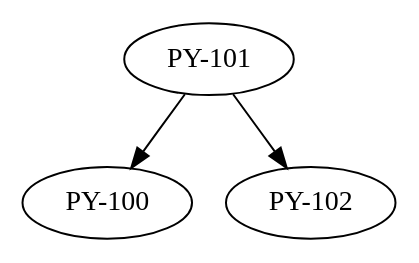
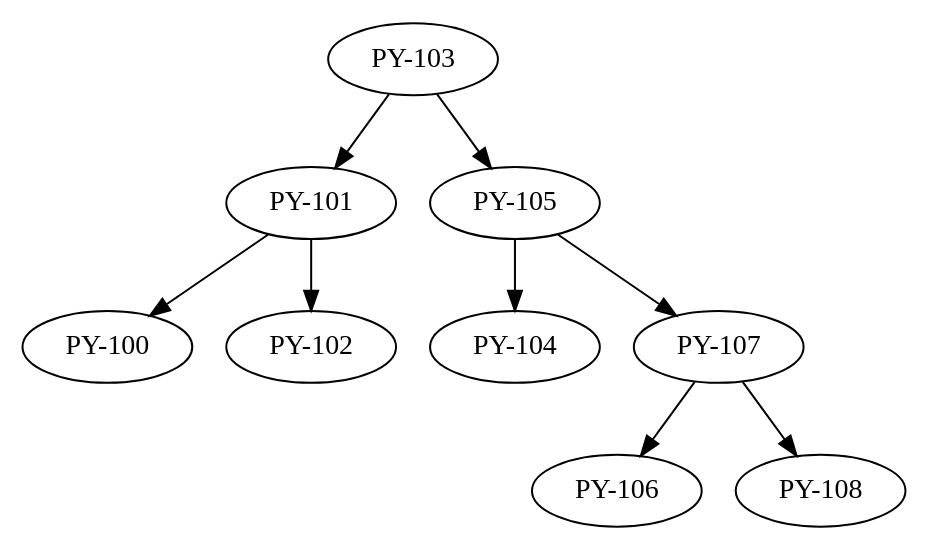
The diagram in arbolAVL.dot (sa-larios22/Fase2EDD), drawn with Graphviz before and after one commit. The commit also changed 9 other files, not shown here.

```diff
--- a/arbolAVL.dot
+++ b/arbolAVL.dot
@@ -1,6 +1,18 @@
-digraph arbol {"PY-101" ;
+digraph arbol {"PY-103" ;
 x1 [label="",width=.1,style=invis];
+"PY-103" -> "PY-101" ;
+x2 [label="",width=.1,style=invis];
 "PY-101" -> "PY-100" ;
  "PY-101" -> "PY-102" ;
 {rank=same"PY-100" -> "PY-102" [style=invis]; } 
+ "PY-103" -> "PY-105" ;
+x2 [label="",width=.1,style=invis];
+"PY-105" -> "PY-104" ;
+ "PY-105" -> "PY-107" ;
+x3 [label="",width=.1,style=invis];
+"PY-107" -> "PY-106" ;
+ "PY-107" -> "PY-108" ;
+{rank=same"PY-106" -> "PY-108" [style=invis]; } 
+{rank=same"PY-104" -> "PY-107" [style=invis]; } 
+{rank=same"PY-101" -> "PY-105" [style=invis]; } 
 }
```
